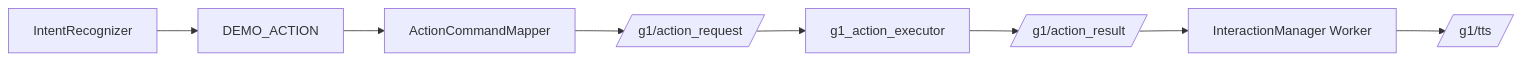
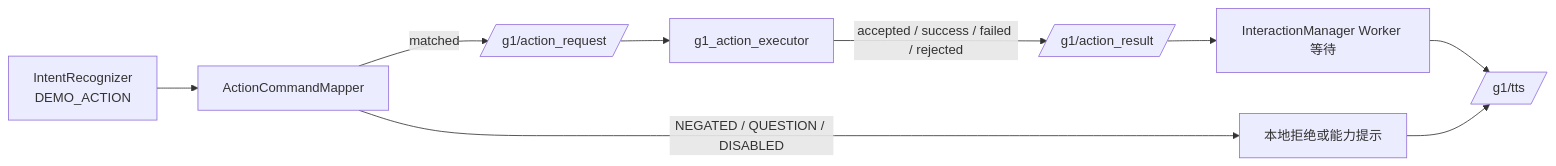
The second of 7 diagrams in releases/G1-EDU-Smart-Reception-V1.0/README.md (CJWDDHCSJ/g1_dev), drawn with Mermaid before and after one commit. The commit also changed other lines of this file and 51 other files, not shown here.

````diff
--- a/releases/G1-EDU-Smart-Reception-V1.0/README.md
+++ b/releases/G1-EDU-Smart-Reception-V1.0/README.md
@@ -161,10 +195,11 @@
 ```mermaid
 flowchart LR
-    I[IntentRecognizer] --> D[DEMO_ACTION]
-    D --> M[ActionCommandMapper]
-    M --> R[/g1/action_request/]
+    I[IntentRecognizer<br/>DEMO_ACTION] --> M[ActionCommandMapper]
+    M -->|matched| R[/g1/action_request/]
+    M -->|NEGATED / QUESTION / DISABLED| L[本地拒绝或能力提示]
     R --> X[g1_action_executor]
-    X --> S[/g1/action_result/]
-    S --> IM[InteractionManager Worker]
-    IM --> T[/g1/tts/]
+    X -->|accepted / success / failed / rejected| S[/g1/action_result/]
+    S --> W[InteractionManager Worker 等待]
+    W --> T[/g1/tts/]
+    L --> T
 ```
````
